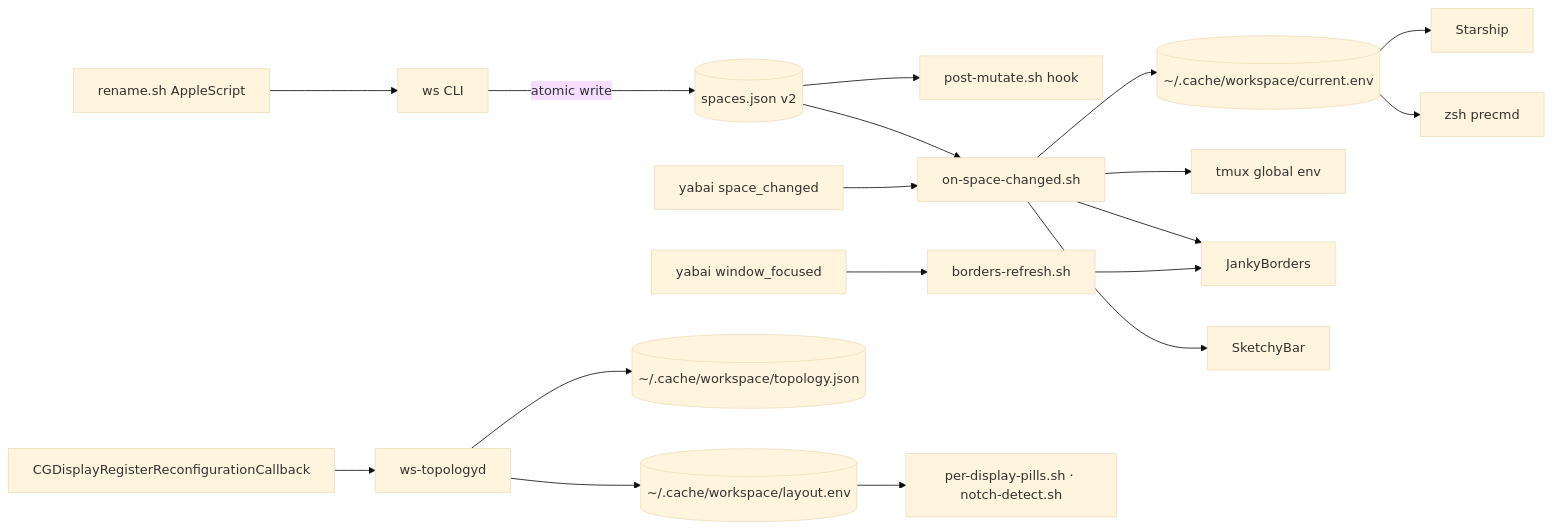
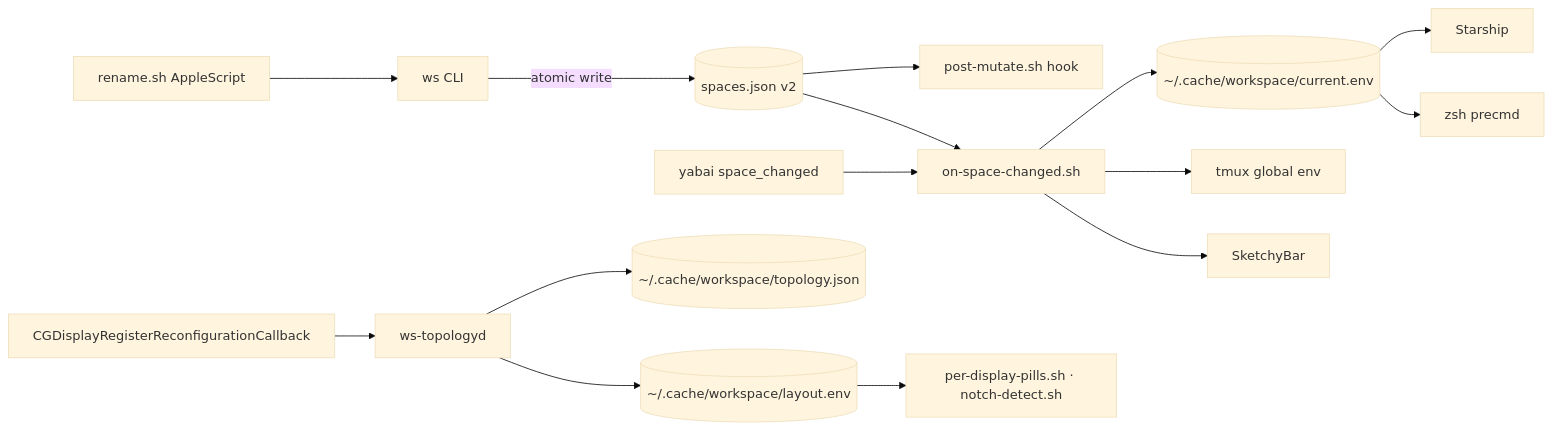
The second of 2 diagrams in docs/architecture.md (adames/dotfiles), drawn with Mermaid (base theme) before and after one commit. The commit also changed other lines of this file and 15 other files, not shown here.

````diff
--- a/docs/architecture.md
+++ b/docs/architecture.md
@@ -161,20 +160,17 @@
 ```mermaid
 graph LR
   CLI[ws CLI] -->|atomic write| JSON[(spaces.json v2)]
   Rename[rename.sh AppleScript] --> CLI
   JSON --> Hook[post-mutate.sh hook]
   JSON --> Cascade[on-space-changed.sh]
   yabai[yabai space_changed] --> Cascade
-  yabai_focus[yabai window_focused] --> BordersRefresh[borders-refresh.sh]
   CGCallback[CGDisplayRegisterReconfigurationCallback] --> Daemon[ws-topologyd]
   Daemon --> TopologyJSON[(~/.cache/workspace/topology.json)]
   Daemon --> LayoutEnv[(~/.cache/workspace/layout.env)]
   LayoutEnv --> SketchybarPlugins[per-display-pills.sh · notch-detect.sh]
   Cascade --> EnvFile[(~/.cache/workspace/current.env)]
   Cascade --> TmuxEnv[tmux global env]
-  Cascade --> Borders[JankyBorders]
-  BordersRefresh --> Borders
   Cascade --> Sketchybar[SketchyBar]
   EnvFile --> Starship
   EnvFile --> Zsh[zsh precmd]
 ```
````
